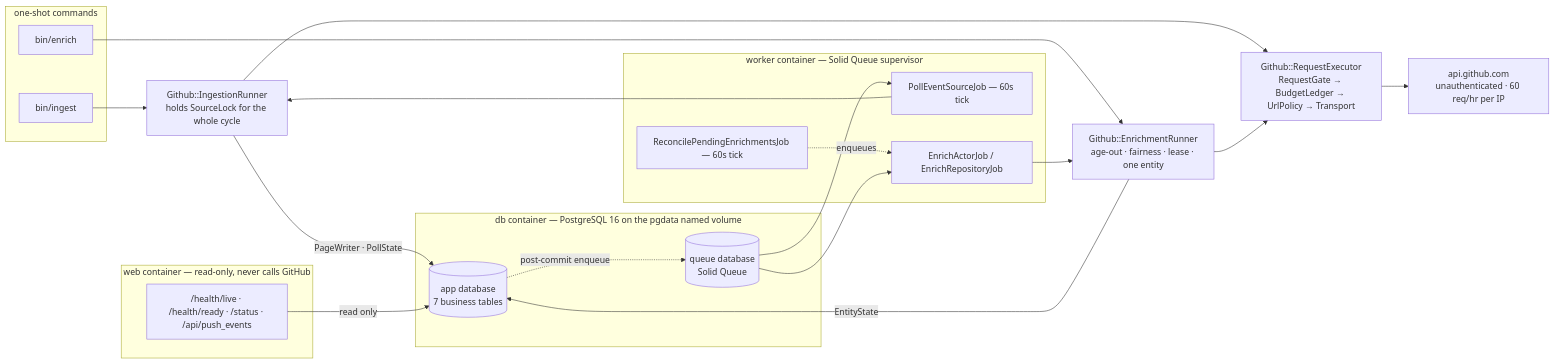
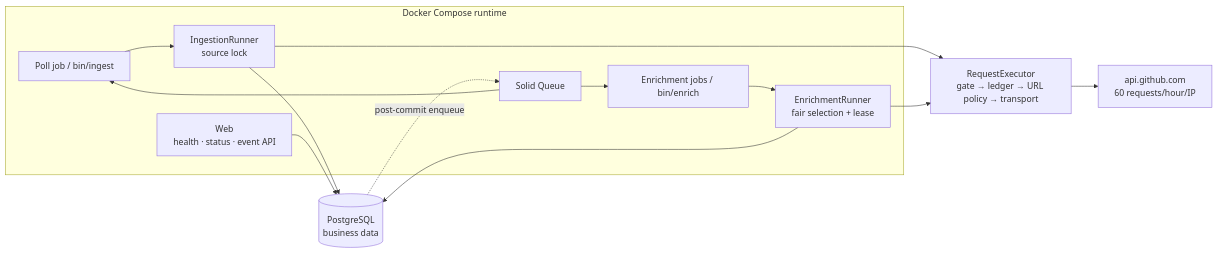
One commit to batbrainy/github-push-ingestor changed the diagram in docs/DESIGN_BRIEF.md. Above: the diagram before and after it, drawn with Mermaid. The commit also changed other lines of this file and 32 other files, not shown here.

````diff
--- a/docs/DESIGN_BRIEF.md
+++ b/docs/DESIGN_BRIEF.md
@@ -42,37 +21,17 @@
 ```mermaid
 flowchart LR
-  subgraph oneshot["one-shot commands"]
-    BI["bin/ingest"]
-    BE["bin/enrich"]
+  subgraph runtime["Docker Compose runtime"]
+    P["Poll job / bin/ingest"] --> I["IngestionRunner<br/>source lock"]
+    E["Enrichment jobs / bin/enrich"] --> N["EnrichmentRunner<br/>fair selection + lease"]
+    W["Web<br/>health · status · event API"]
+    Q["Solid Queue"] --> P
+    Q --> E
   end
-  subgraph worker["worker container — Solid Queue supervisor"]
-    PJ["PollEventSourceJob — 60s tick"]
-    RJ["ReconcilePendingEnrichmentsJob — 60s tick"]
-    EJ["EnrichActorJob / EnrichRepositoryJob"]
-  end
-  subgraph web["web container — read-only, never calls GitHub"]
-    API["/health/live · /health/ready · /status · /api/push_events"]
-  end
-  IR["Github::IngestionRunner<br/>holds SourceLock for the whole cycle"]
-  ER["Github::EnrichmentRunner<br/>age-out · fairness · lease · one entity"]
-  RX["Github::RequestExecutor<br/>RequestGate → BudgetLedger → UrlPolicy → Transport"]
-  GH["api.github.com<br/>unauthenticated · 60 req/hr per IP"]
-  subgraph pg["db container — PostgreSQL 16 on the pgdata named volume"]
-    APPDB[("app database<br/>7 business tables")]
-    QDB[("queue database<br/>Solid Queue")]
-  end
-  BI --> IR
-  PJ --> IR
-  BE --> ER
-  EJ --> ER
-  RJ -.->|"enqueues"| EJ
-  IR --> RX
-  ER --> RX
-  RX --> GH
-  IR -->|"PageWriter · PollState"| APPDB
-  ER -->|"EntityState"| APPDB
-  API -->|"read only"| APPDB
-  APPDB -.->|"post-commit enqueue"| QDB
-  QDB --> PJ
-  QDB --> EJ
+  I --> X["RequestExecutor<br/>gate → ledger → URL policy → transport"]
+  N --> X
+  X --> G["api.github.com<br/>60 requests/hour/IP"]
+  I --> D[("PostgreSQL<br/>business data")]
+  N --> D
+  W --> D
+  D -. "post-commit enqueue" .-> Q
 ```
````
